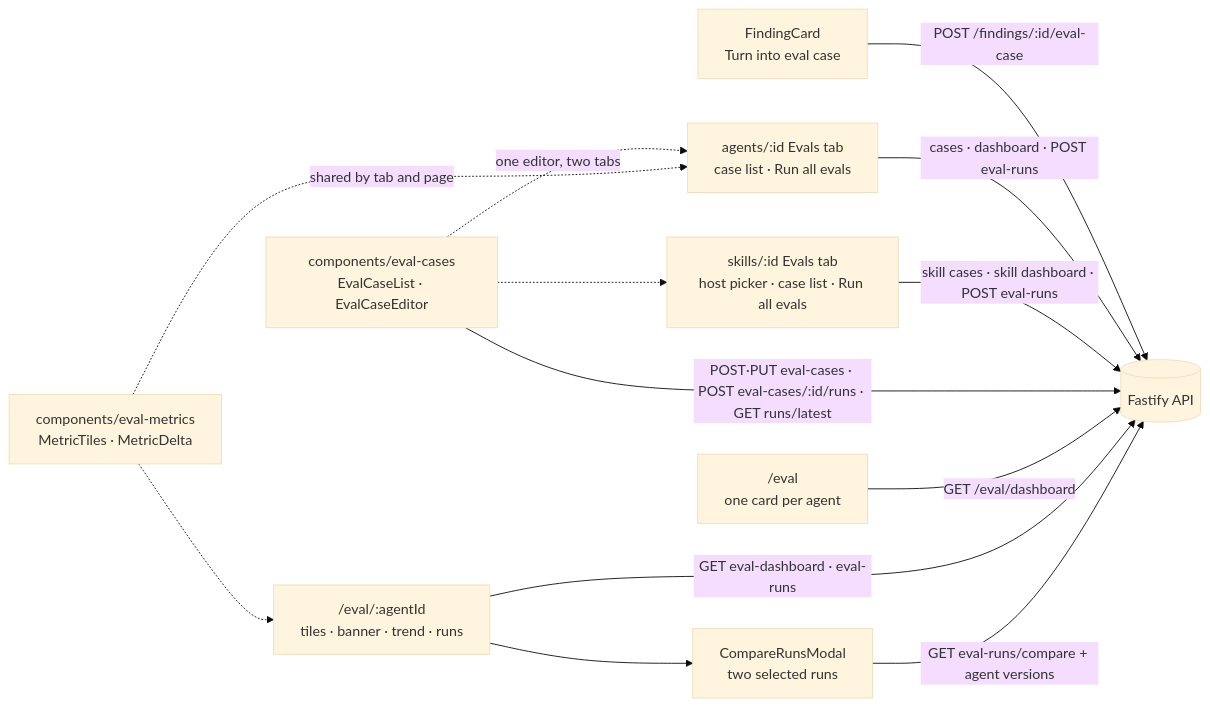
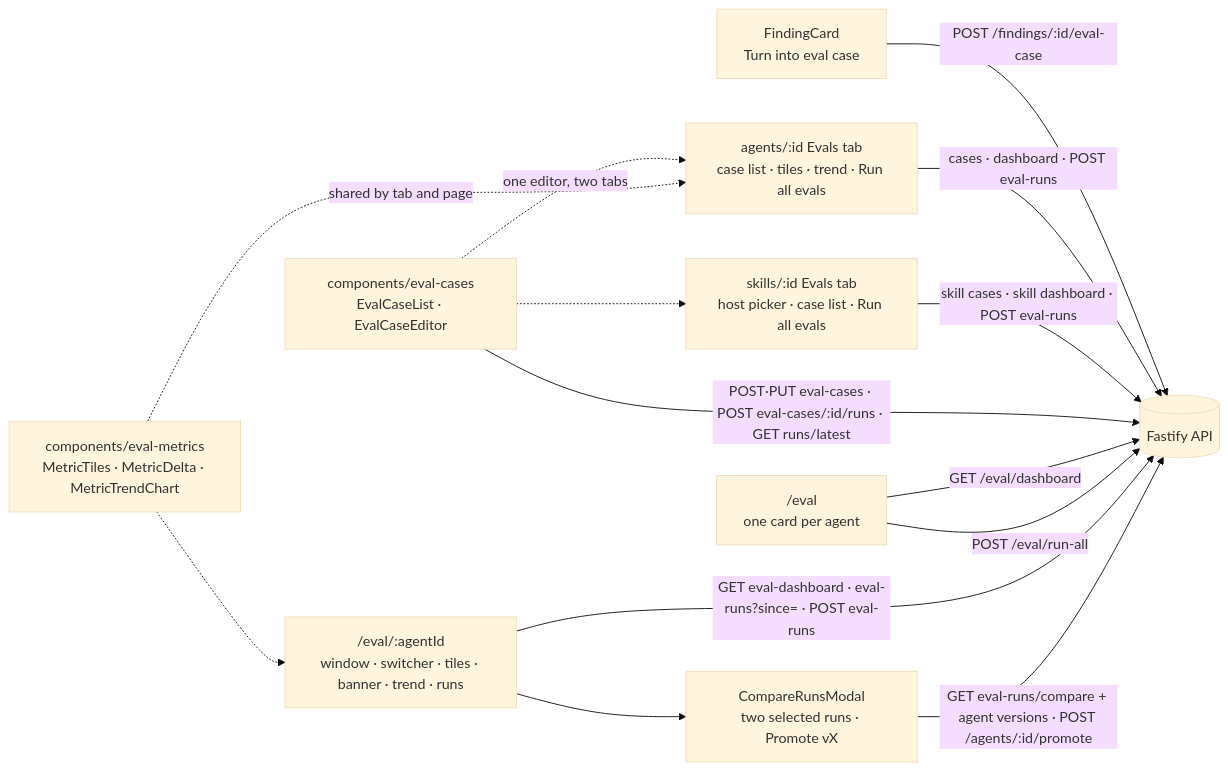
Before and after one commit to dmitrii1600/dev-digest: the third of 3 diagrams in client/README.md, drawn with Mermaid (base theme). The commit also changed other lines of this file and 86 other files, not shown here.

````diff
--- a/client/README.md
+++ b/client/README.md
@@ -151,15 +151,16 @@
 ```mermaid
 flowchart LR
   CARD["FindingCard<br/>Turn into eval case"] -->|"POST /findings/:id/eval-case"| API[("Fastify API")]
-  TAB["agents/:id Evals tab<br/>case list · Run all evals"] -->|"cases · dashboard · POST eval-runs"| API
+  TAB["agents/:id Evals tab<br/>case list · tiles · trend · Run all evals"] -->|"cases · dashboard · POST eval-runs"| API
   STAB["skills/:id Evals tab<br/>host picker · case list · Run all evals"] -->|"skill cases · skill dashboard · POST eval-runs"| API
   CASEUI["components/eval-cases<br/>EvalCaseList · EvalCaseEditor"] -.->|"one editor, two tabs"| TAB
   CASEUI -.-> STAB
   CASEUI -->|"POST·PUT eval-cases · POST eval-cases/:id/runs · GET runs/latest"| API
   DASH["/eval<br/>one card per agent"] -->|"GET /eval/dashboard"| API
-  PAGE["/eval/:agentId<br/>tiles · banner · trend · runs"] -->|"GET eval-dashboard · eval-runs"| API
-  PAGE --> CMP["CompareRunsModal<br/>two selected runs"]
-  CMP -->|"GET eval-runs/compare + agent versions"| API
-  TILES["components/eval-metrics<br/>MetricTiles · MetricDelta"] -.->|"shared by tab and page"| TAB
+  DASH -->|"POST /eval/run-all"| API
+  PAGE["/eval/:agentId<br/>window · switcher · tiles · banner · trend · runs"] -->|"GET eval-dashboard · eval-runs?since= · POST eval-runs"| API
+  PAGE --> CMP["CompareRunsModal<br/>two selected runs · Promote vX"]
+  CMP -->|"GET eval-runs/compare + agent versions · POST /agents/:id/promote"| API
+  TILES["components/eval-metrics<br/>MetricTiles · MetricDelta · MetricTrendChart"] -.->|"shared by tab and page"| TAB
   TILES -.-> PAGE
 ```
````
